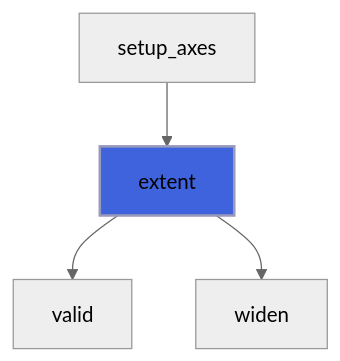
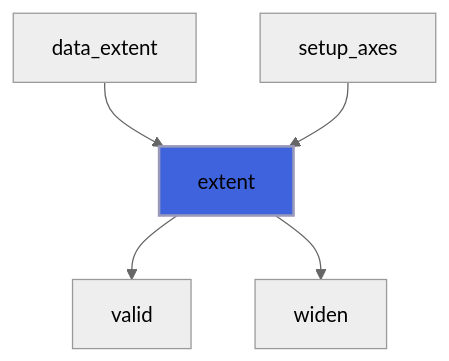
Before and after one commit to szaghi/foresight: the second of 3 diagrams in docs/api/src/lib/foresight_series.md, drawn with Mermaid (neutral theme). The commit also changed other lines of this file and 97 other files, not shown here.

````diff
--- a/docs/api/src/lib/foresight_series.md
+++ b/docs/api/src/lib/foresight_series.md
@@ -82,7 +83,8 @@
 ```mermaid
 flowchart TD
+  data_extent["data_extent"] --> extent["extent"]
   setup_axes["setup_axes"] --> extent["extent"]
   extent["extent"] --> valid["valid"]
   extent["extent"] --> widen["widen"]
   style extent fill:#3e63dd,stroke:#99b,stroke-width:2px
 ```
````
